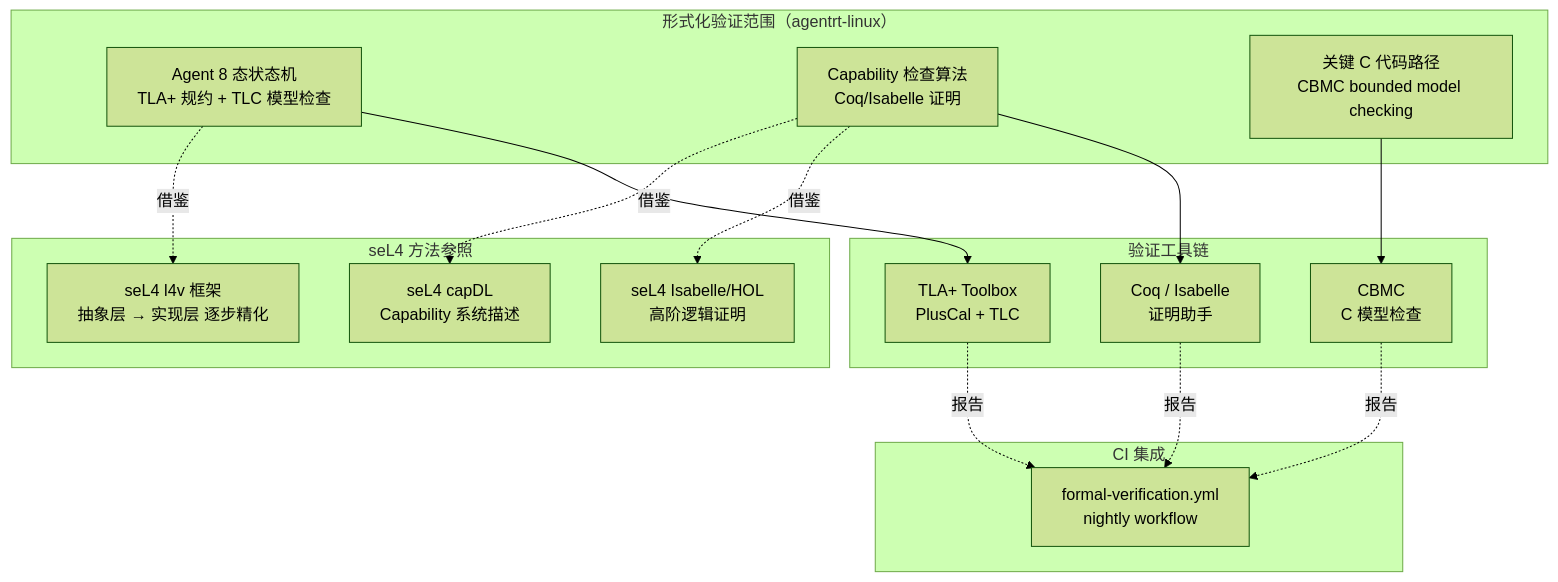
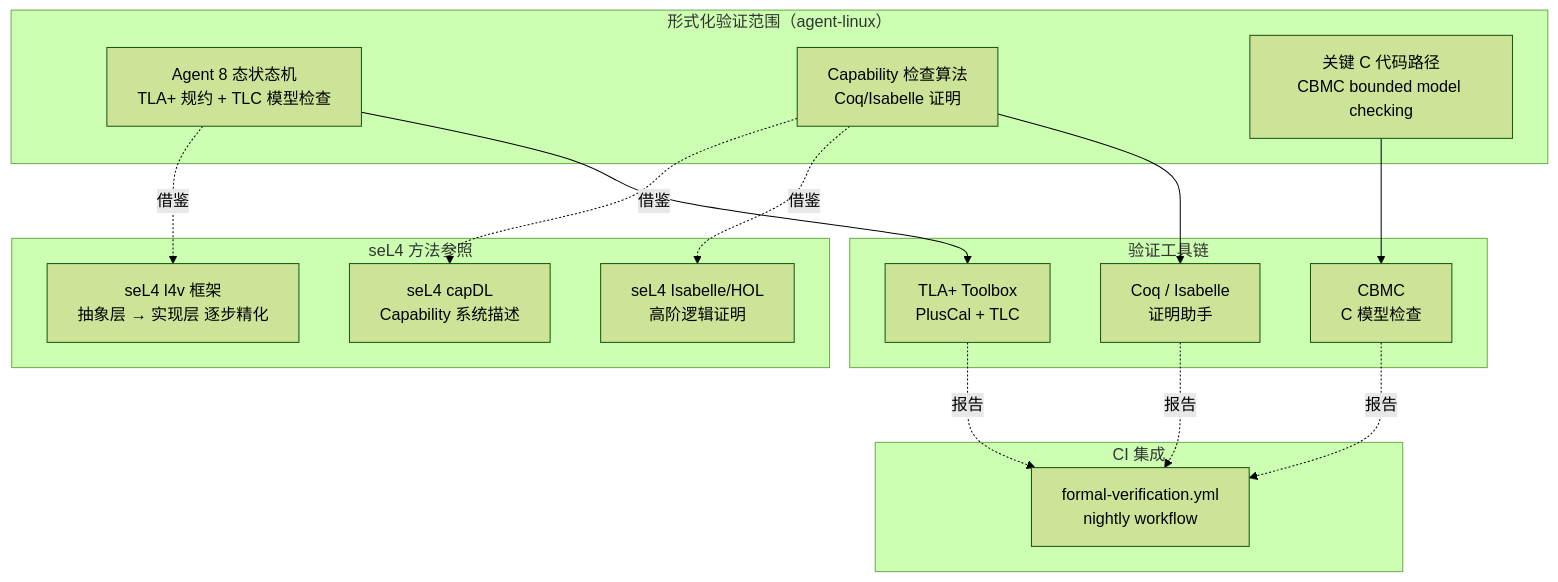
One commit to openairymax/docs-linux changed the diagram in 80-testing/10-formal-verification.md. Above: the diagram before and after it, drawn with Mermaid (forest theme). The commit also changed other lines of this file and 172 other files, not shown here.

Commit message:
docs: rename agentrt-linux to agent-linux across docs v0.1.3 双工程结构：agentrt-linux 改名 agent-linux。docs 全仓 186 个 文件中的 agentrt-linux 引用统一为 agent-linux（AirymaxOS 工程名/ URL/路径引用；commit hash 与历史不变）。

````diff
--- a/80-testing/10-formal-verification.md
+++ b/80-testing/10-formal-verification.md
@@ -53,36 +53,36 @@
 ```mermaid
 flowchart TB
-    subgraph "形式化验证范围（agentrt-linux）"
+    subgraph "形式化验证范围（agent-linux）"
         A1["Agent 8 态状态机<br/>TLA+ 规约 + TLC 模型检查"]
         A2["Capability 检查算法<br/>Coq/Isabelle 证明"]
         A3["关键 C 代码路径<br/>CBMC bounded model checking"]
     end
     
     subgraph "seL4 方法参照"
         B1["seL4 l4v 框架<br/>抽象层 → 实现层 逐步精化"]
         B2["seL4 capDL<br/>Capability 系统描述"]
         B3["seL4 Isabelle/HOL<br/>高阶逻辑证明"]
     end
     
     A1 -.->|借鉴| B1
     A2 -.->|借鉴| B2
     A2 -.->|借鉴| B3
     
     subgraph "验证工具链"
         C1["TLA+ Toolbox<br/>PlusCal + TLC"]
         C2["Coq / Isabelle<br/>证明助手"]
         C3["CBMC<br/>C 模型检查"]
     end
     
     A1 --> C1
     A2 --> C2
     A3 --> C3
     
     subgraph "CI 集成"
         D["formal-verification.yml<br/>nightly workflow"]
     end
     
     C1 -.->|报告| D
     C2 -.->|报告| D
     C3 -.->|报告| D
 ```
````
